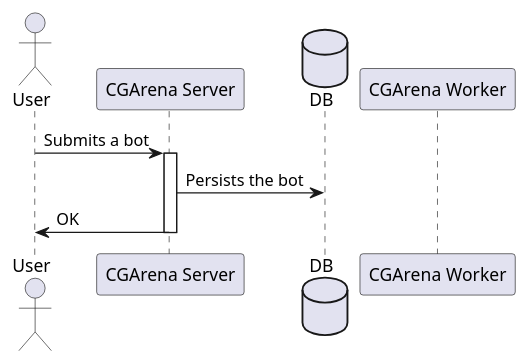
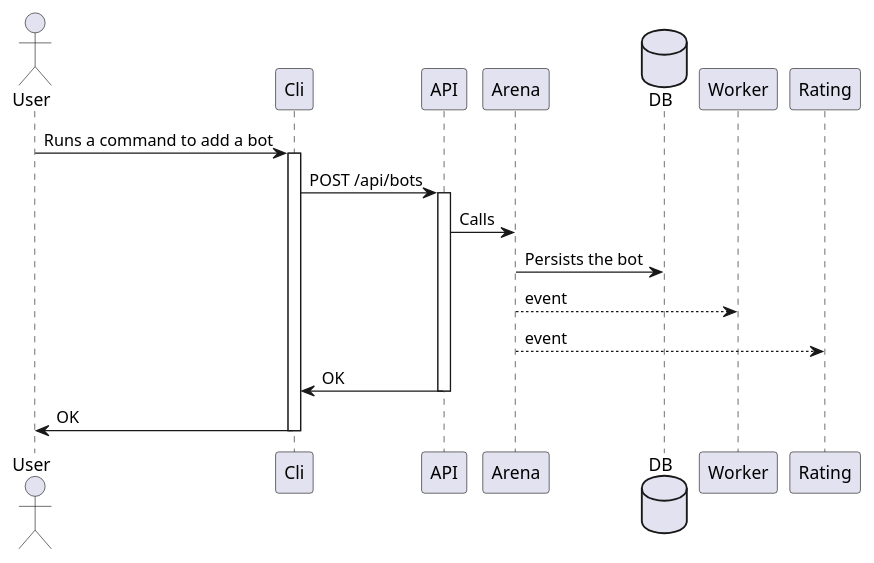
The diagram in docs/sequence/submitting_bot.puml (aangairbender/cgarena), drawn with PlantUML before and after one commit. The commit also changed 6 other files, not shown here.

```diff
--- a/docs/sequence/submitting_bot.puml
+++ b/docs/sequence/submitting_bot.puml
@@ -1,12 +1,20 @@
 @startuml submitting-a-bot
 
 actor User
-participant "CGArena Server" as Server
+participant Cli
+participant API
+participant Arena
 database DB
-participant "CGArena Worker" as Worker
+participant Worker
+participant Rating
 
-User -> Server ++ : Submits a bot
-Server -> DB : Persists the bot
-Server -> User -- : OK
+User -> Cli ++ : Runs a command to add a bot
+Cli -> API ++ : POST /api/bots
+API -> Arena : Calls
+Arena -> DB : Persists the bot
+Arena --> Worker : event
+Arena --> Rating : event
+API -> Cli -- : OK
+Cli -> User -- : OK
 
 @enduml
```
